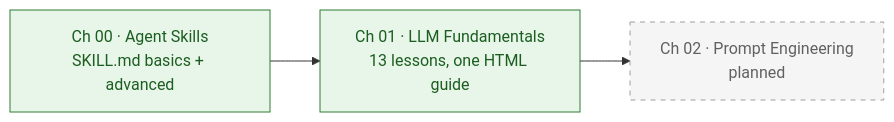
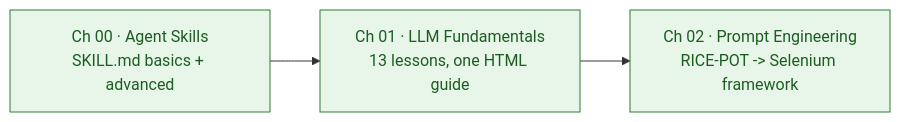
One commit to PramodDutta/AITesterBlueprint5x changed the first of 4 diagrams in README.md. Above: the diagram before and after it, drawn with Mermaid. The commit also changed other lines of this file and 13 other files, not shown here.

First line of the commit message:
feat: add chapter 02 RICE-POT prompt and Salesforce login Selenium framework

````diff
--- a/README.md
+++ b/README.md
@@ -22,10 +23,8 @@
 ```mermaid
 flowchart LR
     C0["Ch 00 · Agent Skills<br/>SKILL.md basics + advanced"] --> C1["Ch 01 · LLM Fundamentals<br/>13 lessons, one HTML guide"]
-    C1 --> C2["Ch 02 · Prompt Engineering<br/>planned"]
+    C1 --> C2["Ch 02 · Prompt Engineering<br/>RICE-POT -> Selenium framework"]
 
     classDef done fill:#e8f5e9,stroke:#2e7d32,color:#1b5e20
-    classDef planned fill:#f5f5f5,stroke:#9e9e9e,color:#616161,stroke-dasharray: 5 5
-    class C0,C1 done
-    class C2 planned
+    class C0,C1,C2 done
 ```
````
